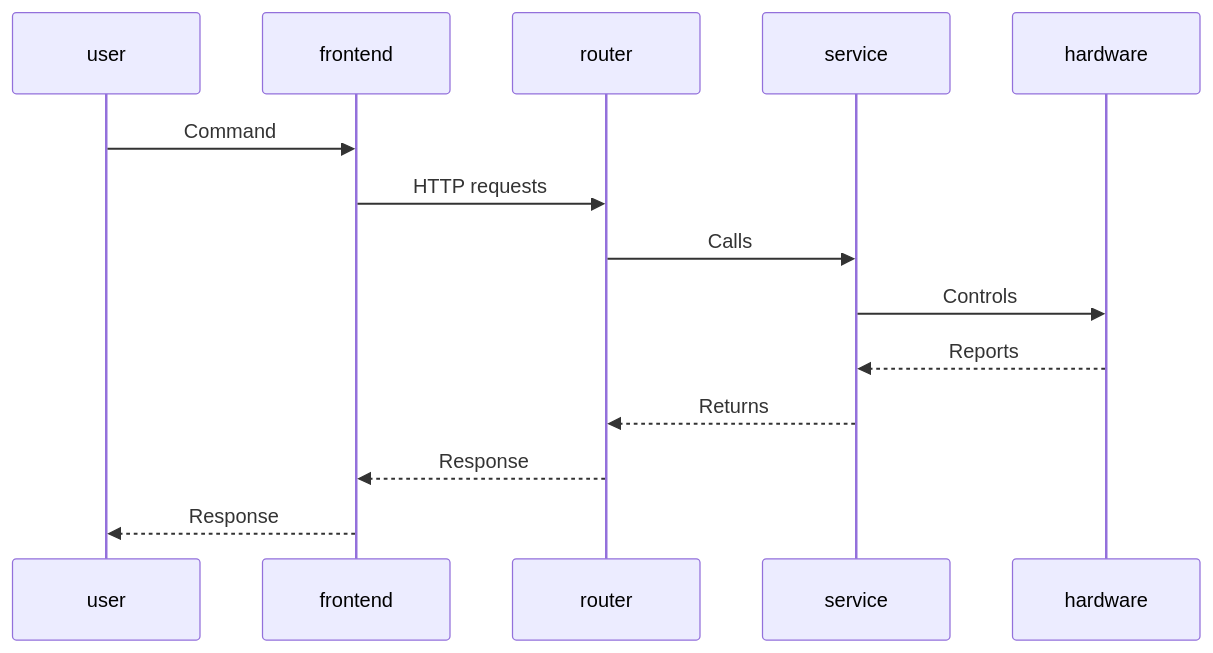
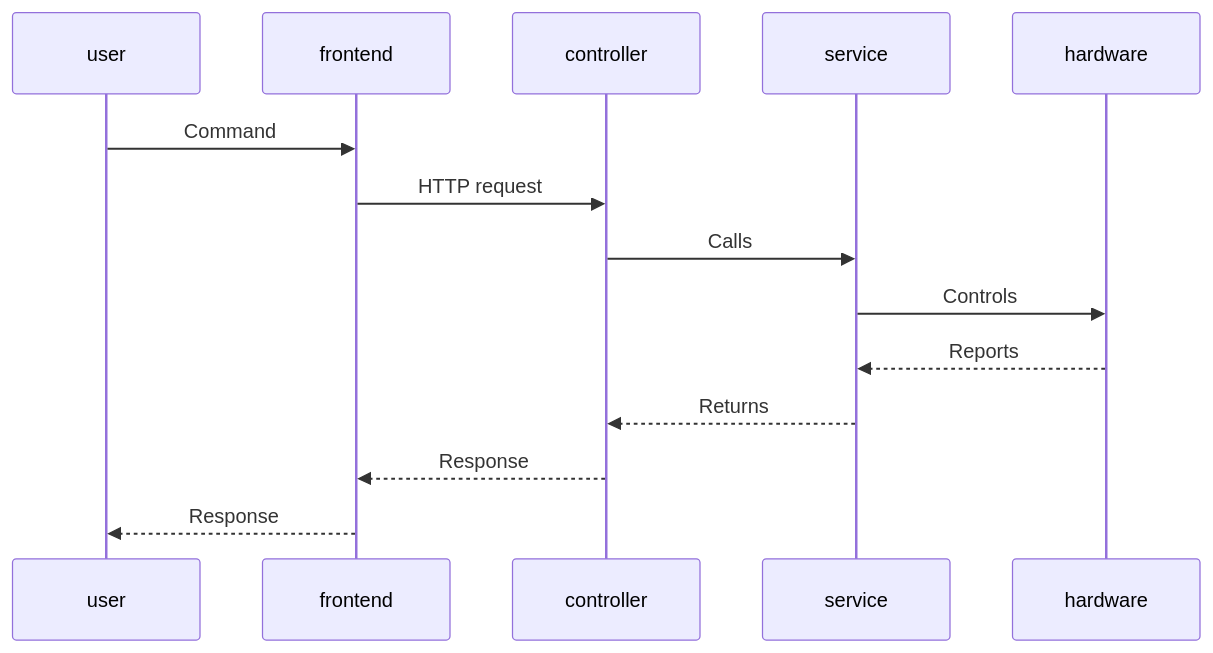
The first of 7 diagrams in software/backend/README.md (mohdfareed/MSD_P18538), drawn with Mermaid before and after one commit. The commit also changed other lines of this file and 3 other files, not shown here.

````diff
--- a/software/backend/README.md
+++ b/software/backend/README.md
@@ -49,11 +50,11 @@
 ```mermaid
 sequenceDiagram
     user ->> frontend: Command
-    frontend ->> router: HTTP requests
-    router ->> service: Calls
+    frontend ->> controller: HTTP request
+    controller ->> service: Calls
     service ->> hardware: Controls
     hardware -->> service: Reports
-    service -->> router: Returns
-    router -->> frontend: Response
+    service -->> controller: Returns
+    controller -->> frontend: Response
     frontend -->> user: Response
 ```
````
